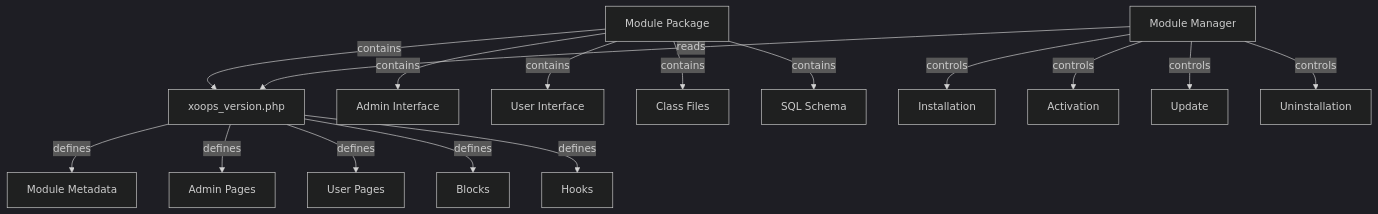
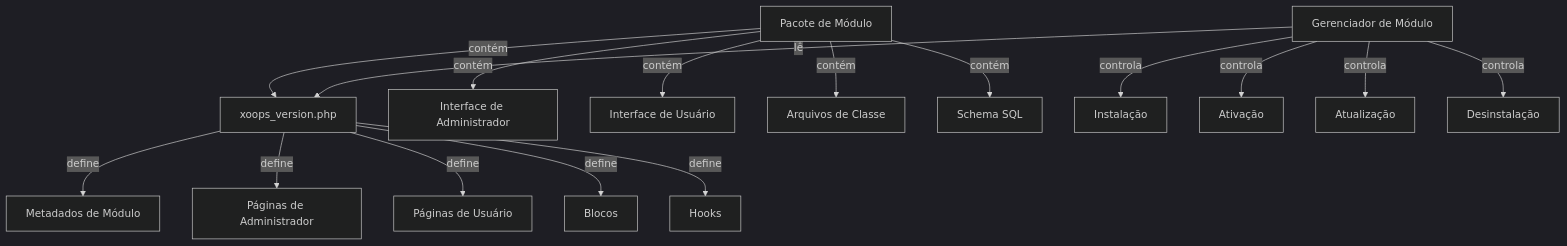
The diagram in apps/docs-27/src/content/docs/pt/api-reference/module/system.md (mambax7/xoops-docs), drawn with Mermaid (dark theme) before and after one commit. The commit also changed other lines of this file and 162 other files, not shown here.

````diff
--- a/apps/docs-27/src/content/docs/pt/api-reference/module/system.md
+++ b/apps/docs-27/src/content/docs/pt/api-reference/module/system.md
@@ -10,20 +10,20 @@
 ```mermaid
 graph TD
-    A[Module Package] -->|contains| B[xoops_version.php]
-    A -->|contains| C[Admin Interface]
-    A -->|contains| D[User Interface]
-    A -->|contains| E[Class Files]
-    A -->|contains| F[SQL Schema]
+    A[Pacote de Módulo] -->|contém| B[xoops_version.php]
+    A -->|contém| C[Interface de Administrador]
+    A -->|contém| D[Interface de Usuário]
+    A -->|contém| E[Arquivos de Classe]
+    A -->|contém| F[Schema SQL]
 
-    B -->|defines| G[Module Metadata]
-    B -->|defines| H[Admin Pages]
-    B -->|defines| I[User Pages]
-    B -->|defines| J[Blocks]
-    B -->|defines| K[Hooks]
+    B -->|define| G[Metadados de Módulo]
+    B -->|define| H[Páginas de Administrador]
+    B -->|define| I[Páginas de Usuário]
+    B -->|define| J[Blocos]
+    B -->|define| K[Hooks]
 
-    L[Module Manager] -->|reads| B
-    L -->|controls| M[Installation]
-    L -->|controls| N[Activation]
-    L -->|controls| O[Update]
-    L -->|controls| P[Uninstallation]
+    L[Gerenciador de Módulo] -->|lê| B
+    L -->|controla| M[Instalação]
+    L -->|controla| N[Ativação]
+    L -->|controla| O[Atualização]
+    L -->|controla| P[Desinstalação]
 ```
````
